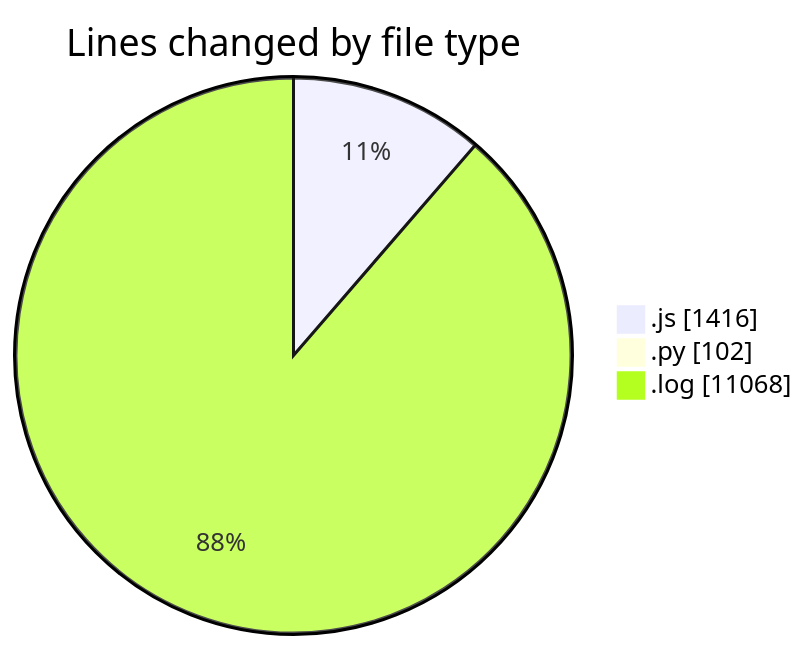
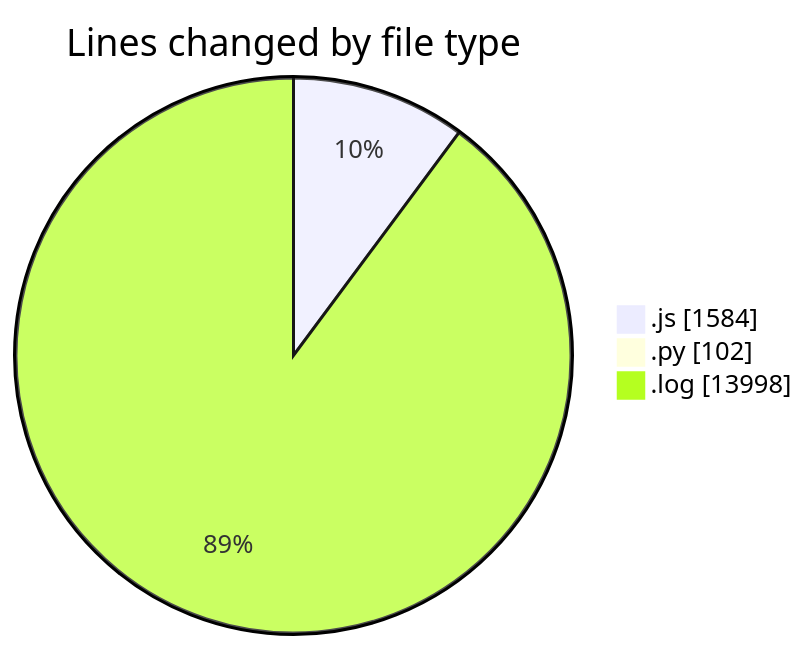
One commit to nxtqubesakshisongat/code-tracking changed the first of 2 diagrams in 2025-04-14/nxtqube_webapp/README.md. Above: the diagram before and after it, drawn with Mermaid. The commit also changed other lines of this file and 1 other file, not shown here.

````diff
--- a/2025-04-14/nxtqube_webapp/README.md
+++ b/2025-04-14/nxtqube_webapp/README.md
@@ -26,7 +27,7 @@
 ```mermaid
 pie showData
 title Lines changed by file type
-".js" : 1416
+".js" : 1584
 ".py" : 102
-".log" : 11068
+".log" : 13998
 ```
````
